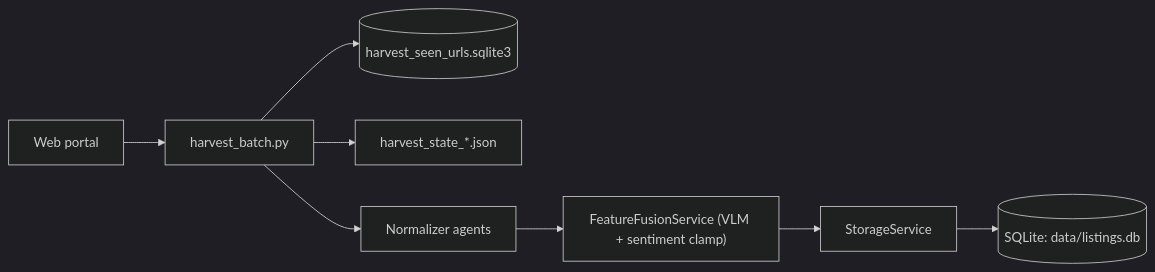
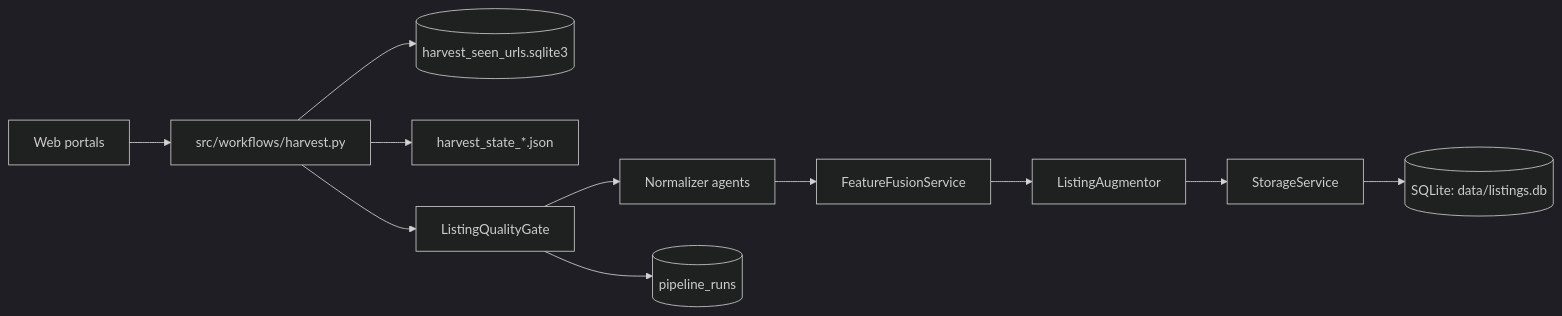
Before and after one commit to Nirtzur0/PropertyScanner: the second of 4 diagrams in docs/02_data_pipeline.md, drawn with Mermaid (dark theme). The commit also changed other lines of this file and 28 other files, not shown here.

Commit message:
docs: Update architecture, pipeline, and model documentation + Refactor services to use Repositories

````diff
--- a/docs/02_data_pipeline.md
+++ b/docs/02_data_pipeline.md
@@ -7,10 +26,13 @@
 ```mermaid
 flowchart LR
-    Portal["Web portal"] --> HB["harvest_batch.py"]
+    Portal["Web portals"] --> HB["src/workflows/harvest.py"]
     HB --> Seen[("harvest_seen_urls.sqlite3")]
     HB --> State["harvest_state_*.json"]
-    HB --> Norm["Normalizer agents"]
-    Norm --> Fusion["FeatureFusionService (VLM + sentiment clamp)"]
-    Fusion --> Store["StorageService"]
+    HB --> Gate["ListingQualityGate"]
+    Gate --> Norm["Normalizer agents"]
+    Norm --> Fusion["FeatureFusionService"]
+    Fusion --> Aug["ListingAugmentor"]
+    Aug --> Store["StorageService"]
     Store --> DB[("SQLite: data/listings.db")]
+    Gate --> Runs[("pipeline_runs")]
 ```
````
